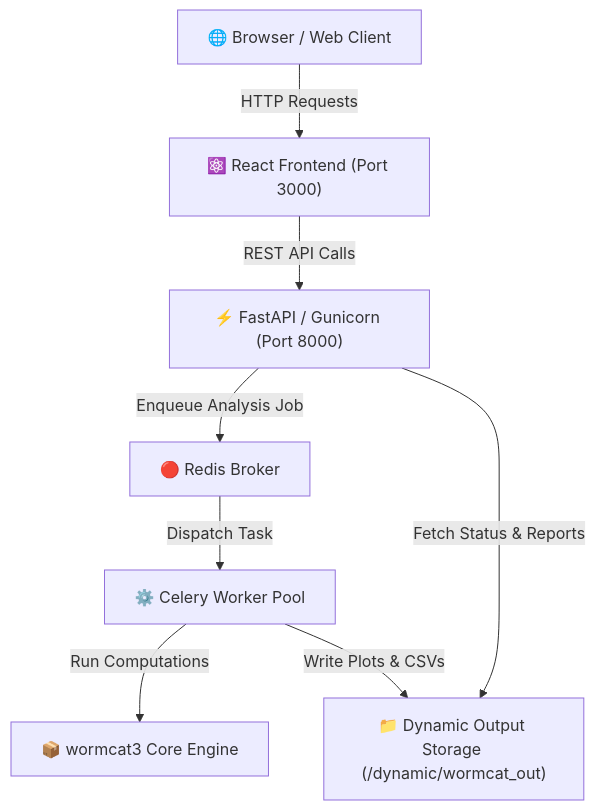
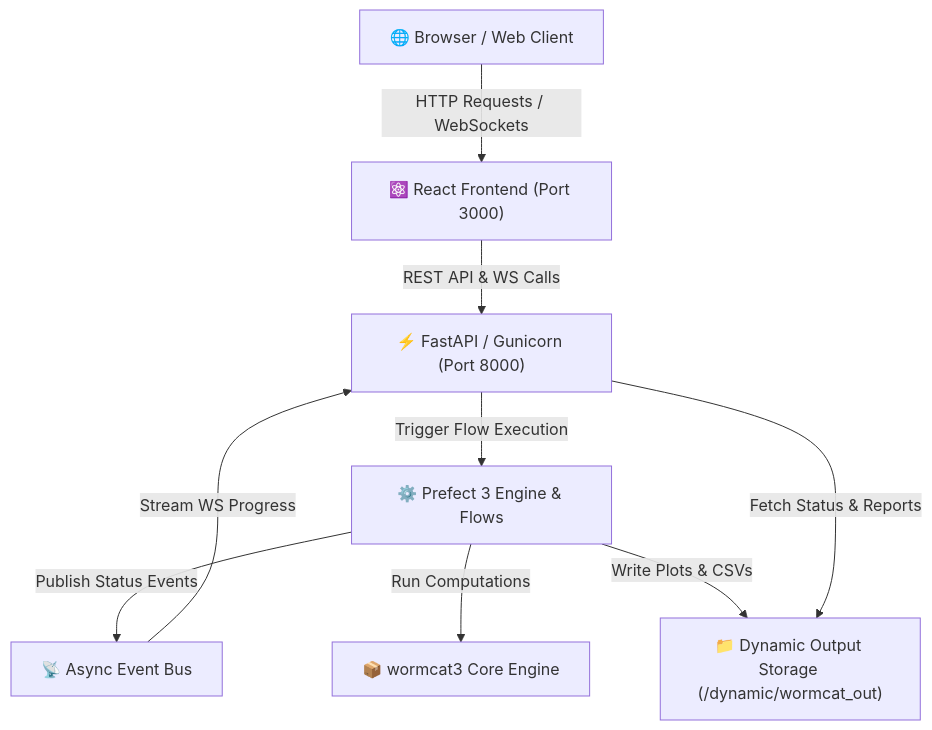
The diagram in README.md (DanHUMassMed/wormcat3-web), drawn with Mermaid before and after one commit. The commit also changed other lines of this file and 33 other files, not shown here.

````diff
--- a/README.md
+++ b/README.md
@@ -26,18 +27,19 @@
 ```mermaid
 graph TD
     User["🌐 Browser / Web Client"]
     ReactApp["⚛️ React Frontend (Port 3000)"]
     FastAPI["⚡ FastAPI / Gunicorn (Port 8000)"]
-    Redis["🔴 Redis Broker"]
-    Celery["⚙️ Celery Worker Pool"]
+    EventBus["📡 Async Event Bus"]
+    Prefect["⚙️ Prefect 3 Engine & Flows"]
     WormCatCore["📦 wormcat3 Core Engine"]
     OutStorage["📁 Dynamic Output Storage (/dynamic/wormcat_out)"]
 
-    User -->|HTTP Requests| ReactApp
-    ReactApp -->|REST API Calls| FastAPI
-    FastAPI -->|Enqueue Analysis Job| Redis
-    Redis -->|Dispatch Task| Celery
-    Celery -->|Run Computations| WormCatCore
-    Celery -->|Write Plots & CSVs| OutStorage
+    User -->|HTTP Requests / WebSockets| ReactApp
+    ReactApp -->|REST API & WS Calls| FastAPI
+    FastAPI -->|Trigger Flow Execution| Prefect
+    Prefect -->|Publish Status Events| EventBus
+    EventBus -->|Stream WS Progress| FastAPI
+    Prefect -->|Run Computations| WormCatCore
+    Prefect -->|Write Plots & CSVs| OutStorage
     FastAPI -->|Fetch Status & Reports| OutStorage
 ```
````
